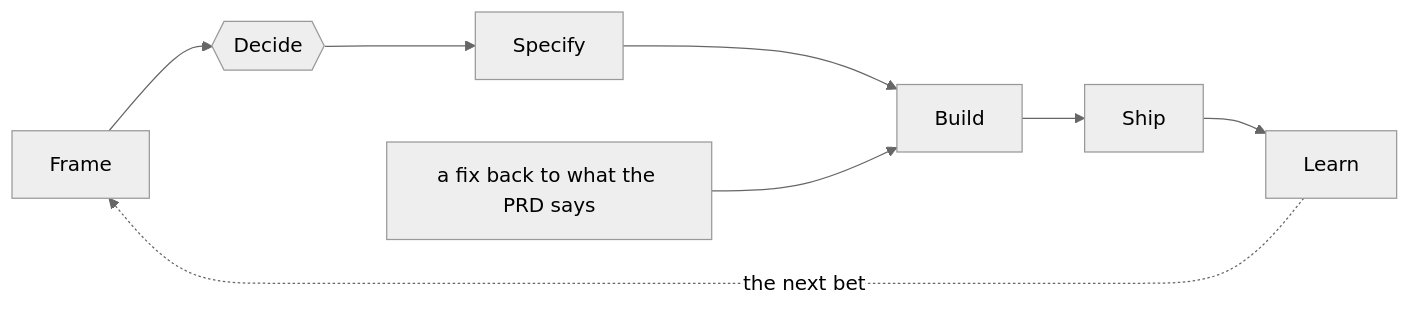
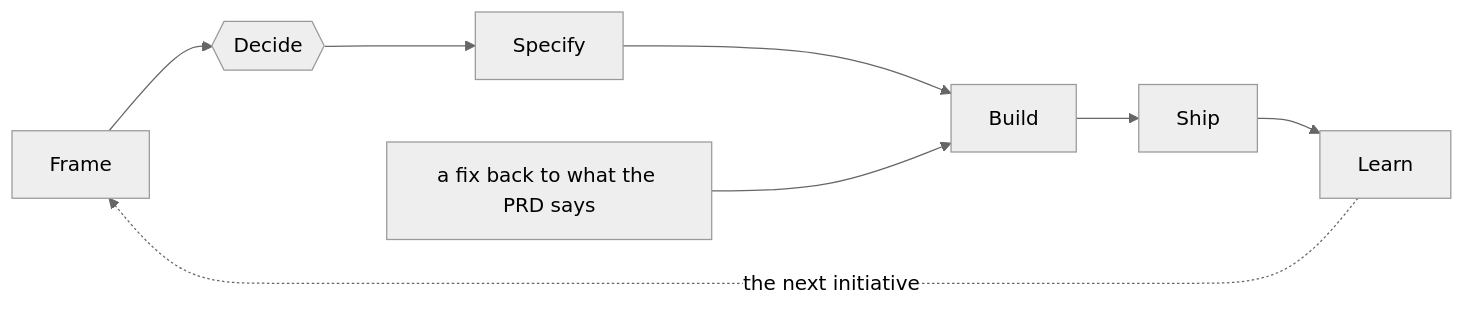
The diagram in docs/guides/lifecycle.md (luisburgos/open-aidlc), drawn with Mermaid (neutral theme) before and after one commit. The commit also changed other lines of this file and 4 other files, not shown here.

First line of the commit message:
docs(lifecycle): define initiative and bet (#17)

````diff
--- a/docs/guides/lifecycle.md
+++ b/docs/guides/lifecycle.md
@@ -5,6 +5,6 @@
 ```mermaid
 flowchart LR
   F[Frame] --> D{{Decide}} --> S[Specify] --> B[Build] --> SH[Ship] --> L[Learn]
-  L -. the next bet .-> F
+  L -. the next initiative .-> F
   X[a fix back to what the PRD says] --> B
 ```
````
